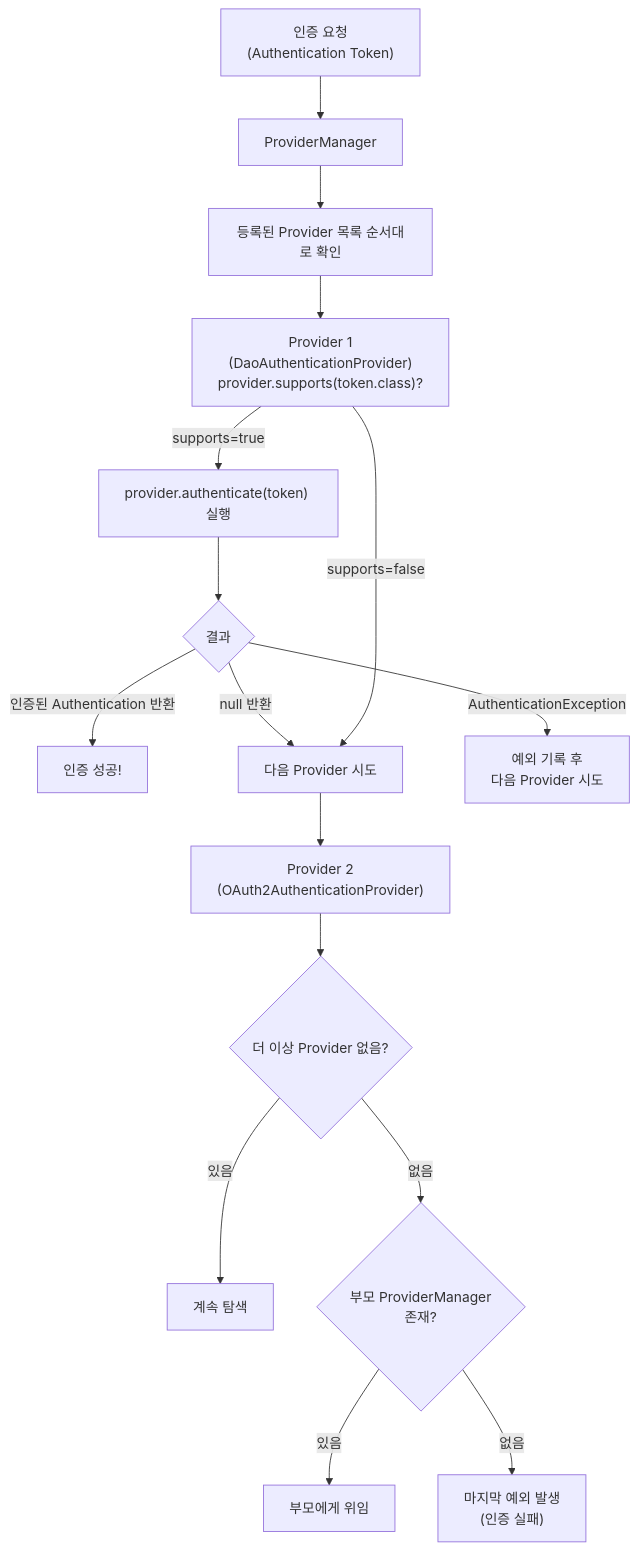
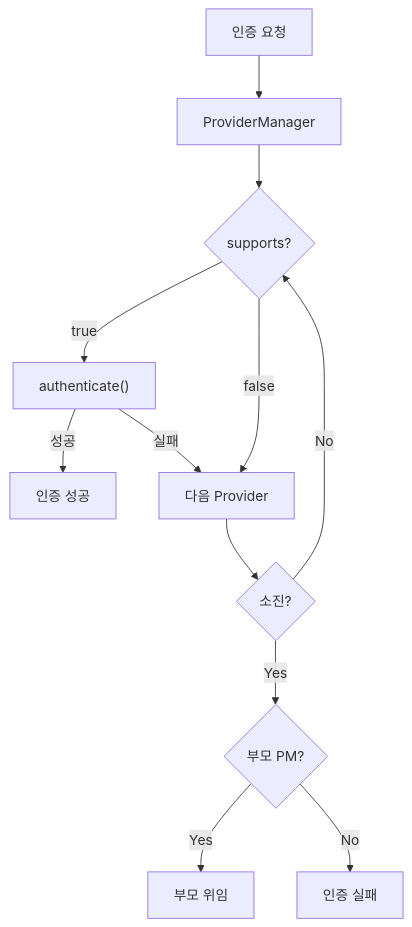
One commit to yjkim2015/yjkim2015.github.io changed the first of 3 diagrams in _posts/security/2021-06-06-AuthenticationManager.md. Above: the diagram before and after it, drawn with Mermaid. The commit also changed other lines of this file and 215 other files, not shown here.

First line of the commit message:
신규 포스트 10개 추가 + Mermaid 전면 축소 + SystemDesign 시리즈 보강

````diff
--- a/_posts/security/2021-06-06-AuthenticationManager.md
+++ b/_posts/security/2021-06-06-AuthenticationManager.md
@@ -39,18 +39,14 @@
 ```mermaid
 flowchart TD
-    A["인증 요청\n(Authentication Token)"] --> B["ProviderManager"]
-    B --> C["등록된 Provider 목록 순서대로 확인"]
-    C --> D["Provider 1\n(DaoAuthenticationProvider)\nprovider.supports(token.class)?"]
-    D -- "supports=true" --> E["provider.authenticate(token) 실행"]
-    E --> F{"결과"}
-    F -- "인증된 Authentication 반환" --> G["인증 성공!"]
-    F -- "null 반환" --> H["다음 Provider 시도"]
-    F -- "AuthenticationException" --> I["예외 기록 후\n다음 Provider 시도"]
-    D -- "supports=false" --> H
-    H --> J["Provider 2\n(OAuth2AuthenticationProvider)"]
-    J --> K{"더 이상 Provider 없음?"}
-    K -- "있음" --> L["계속 탐색"]
-    K -- "없음" --> M{"부모 ProviderManager\n존재?"}
-    M -- "있음" --> N["부모에게 위임"]
-    M -- "없음" --> O["마지막 예외 발생\n(인증 실패)"]
+    A["인증 요청"] --> B["ProviderManager"]
+    B --> C{"supports?"}
+    C -->|true| D["authenticate()"]
+    D -->|성공| E["인증 성공"]
+    D -->|실패| F["다음 Provider"]
+    C -->|false| F
+    F --> G{"소진?"}
+    G -->|No| C
+    G -->|Yes| H{"부모 PM?"}
+    H -->|Yes| I["부모 위임"]
+    H -->|No| J["인증 실패"]
 ```
````
